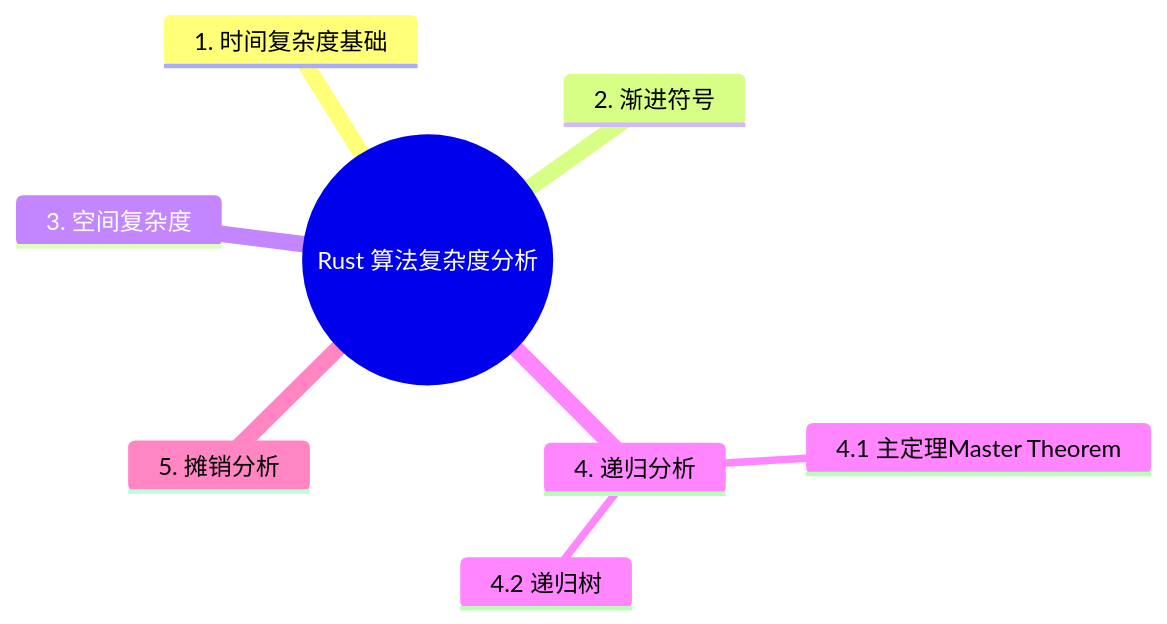
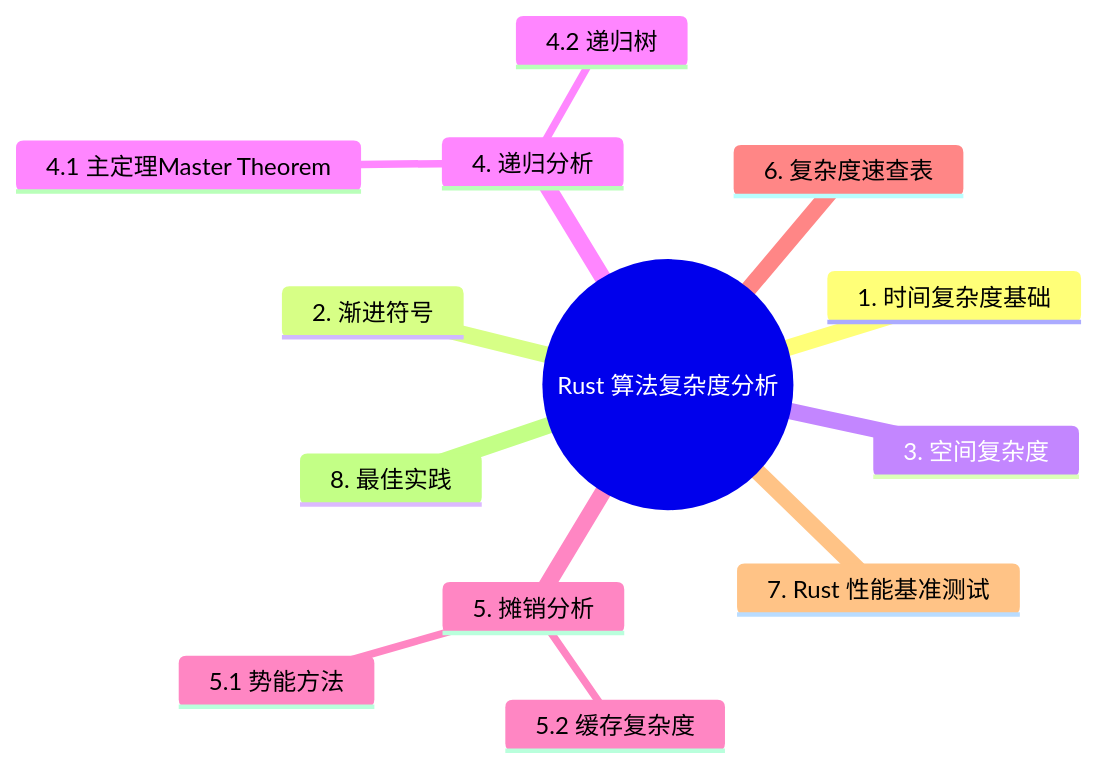
The second of 2 diagrams in concept/06_ecosystem/11_domain_applications/10_algorithm_complexity_analysis.md (martin-ly/rust-lang), drawn with Mermaid before and after one commit. The commit also changed other lines of this file and 35 other files, not shown here.

````diff
--- a/concept/06_ecosystem/11_domain_applications/10_algorithm_complexity_analysis.md
+++ b/concept/06_ecosystem/11_domain_applications/10_algorithm_complexity_analysis.md
@@ -233,11 +319,16 @@
 ```mermaid
 mindmap
   root((Rust 算法复杂度分析))
     1. 时间复杂度基础
     2. 渐进符号
     3. 空间复杂度
     4. 递归分析
       4.1 主定理Master Theorem
       4.2 递归树
     5. 摊销分析
+      5.1 势能方法
+      5.2 缓存复杂度
+    6. 复杂度速查表
+    7. Rust 性能基准测试
+    8. 最佳实践
 ```
````
